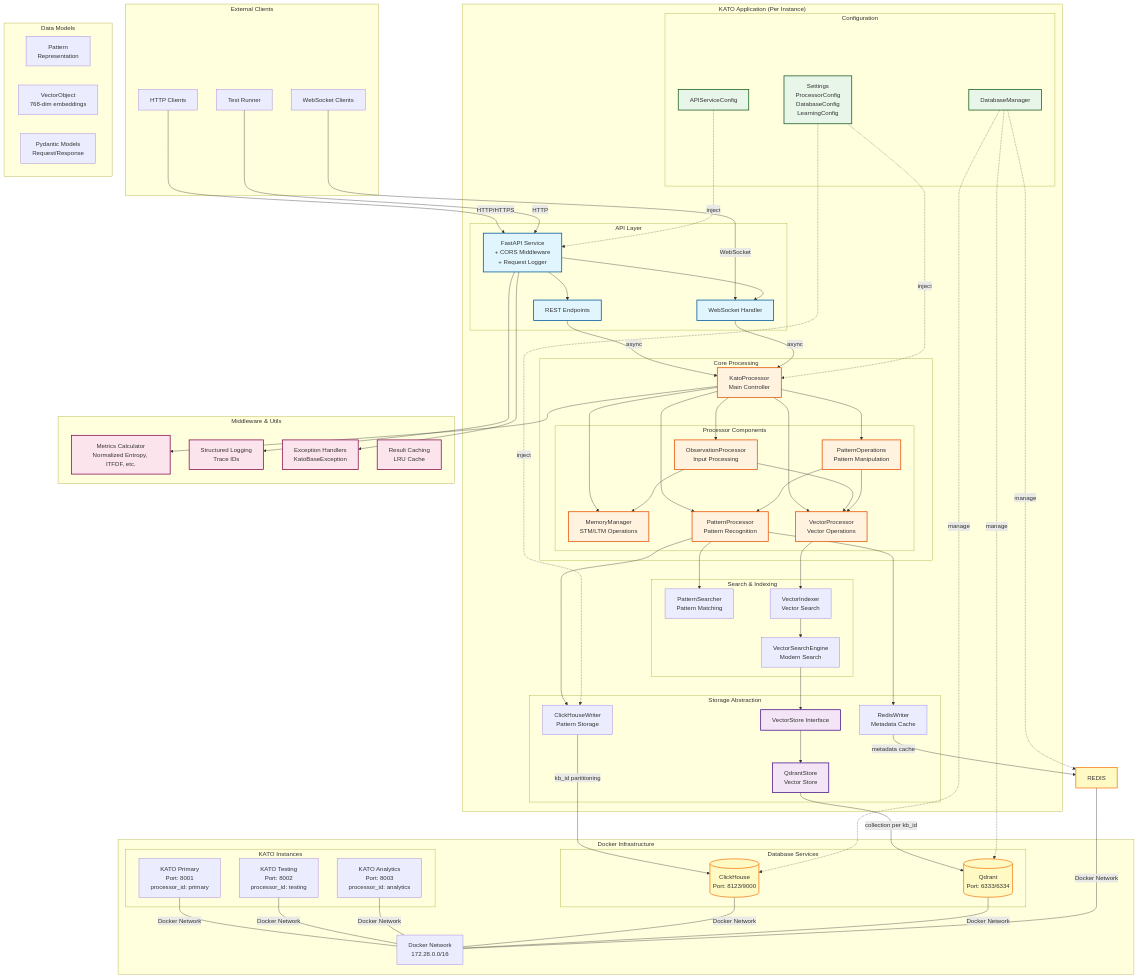
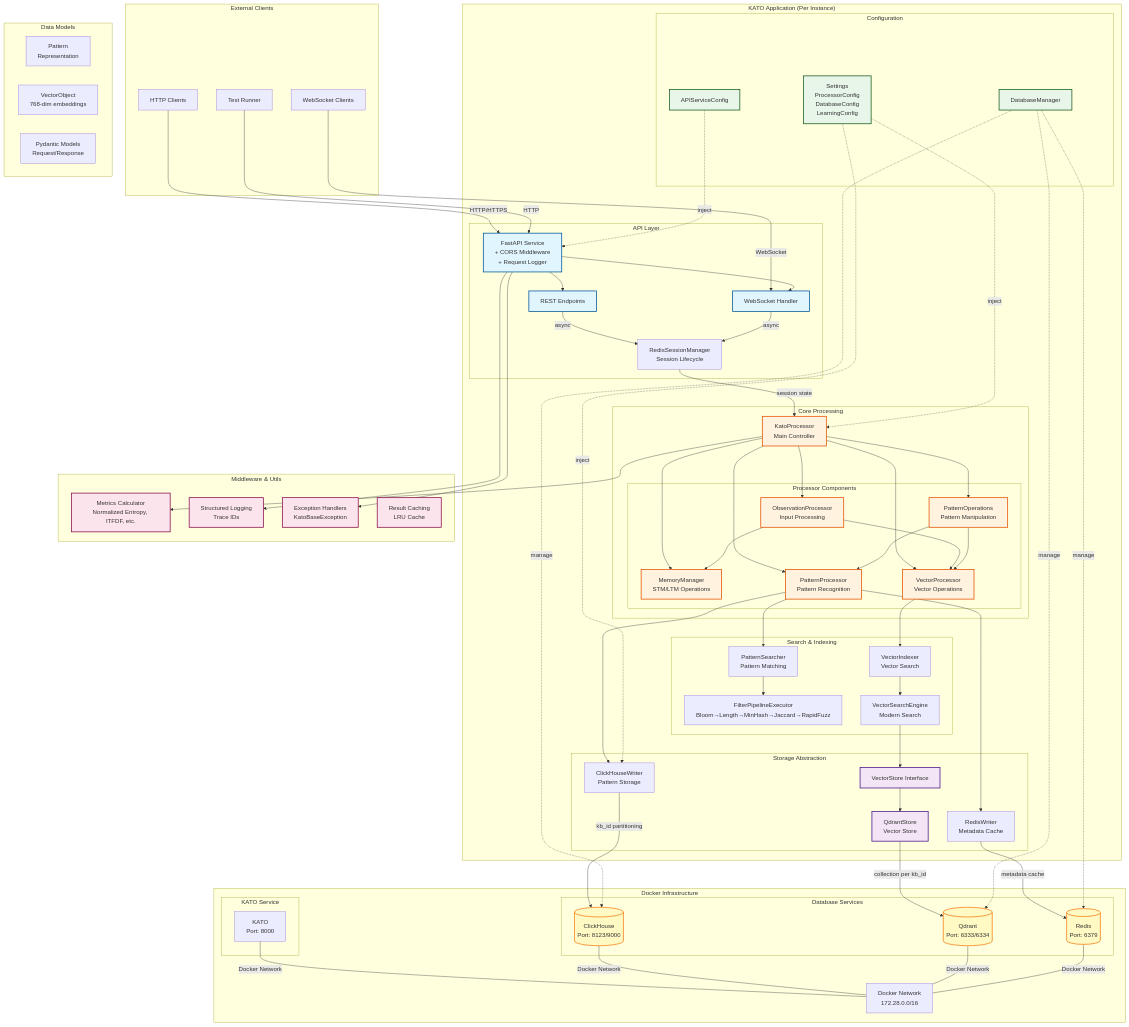
Before and after one commit to sevakavakians/kato: the diagram in ARCHITECTURE_DIAGRAM.md, drawn with Mermaid. The commit also changed other lines of this file and 26 other files, not shown here.

```diff
--- a/ARCHITECTURE_DIAGRAM.md
+++ b/ARCHITECTURE_DIAGRAM.md
@@ -16,14 +16,13 @@
 
     %% Docker Infrastructure Layer
     subgraph "Docker Infrastructure"
-        subgraph "KATO Instances"
-            KATO1[KATO Primary<br/>Port: 8001<br/>processor_id: primary]
-            KATO2[KATO Testing<br/>Port: 8002<br/>processor_id: testing]
-            KATO3[KATO Analytics<br/>Port: 8003<br/>processor_id: analytics]
+        subgraph "KATO Service"
+            KATO1[KATO<br/>Port: 8000]
         end
 
         subgraph "Database Services"
             CLICKHOUSE[(ClickHouse<br/>Port: 8123/9000)]
+            REDIS[(Redis<br/>Port: 6379)]
             QDRANT[(Qdrant<br/>Port: 6333/6334)]
         end
 
@@ -37,6 +36,7 @@
             FASTAPI[FastAPI Service<br/>+ CORS Middleware<br/>+ Request Logger]
             REST[REST Endpoints]
             WEBSOCKET[WebSocket Handler]
+            SESSION_MGR[RedisSessionManager<br/>Session Lifecycle]
         end
 
         %% Core Processing Layer
@@ -55,6 +55,7 @@
         %% Search & Indexing Layer
         subgraph "Search & Indexing"
             PAT_SEARCH[PatternSearcher<br/>Pattern Matching]
+            FILTER[FilterPipelineExecutor<br/>Bloom→Length→MinHash→Jaccard→RapidFuzz]
             VEC_INDEX[VectorIndexer<br/>Vector Search]
             VEC_ENGINE[VectorSearchEngine<br/>Modern Search]
         end
@@ -97,8 +98,9 @@
 
     FASTAPI --> REST
     FASTAPI --> WEBSOCKET
-    REST -->|async| KATO_PROC
-    WEBSOCKET -->|async| KATO_PROC
+    REST -->|async| SESSION_MGR
+    WEBSOCKET -->|async| SESSION_MGR
+    SESSION_MGR -->|session state| KATO_PROC
 
     KATO_PROC --> MEM_MGR
     KATO_PROC --> PAT_PROC
@@ -112,6 +114,7 @@
     PAT_OPS --> VEC_PROC
 
     PAT_PROC --> PAT_SEARCH
+    PAT_SEARCH --> FILTER
     VEC_PROC --> VEC_INDEX
     VEC_INDEX --> VEC_ENGINE
 
@@ -138,8 +141,6 @@
 
     %% Network Connections
     KATO1 ---|Docker Network| NETWORK
-    KATO2 ---|Docker Network| NETWORK
-    KATO3 ---|Docker Network| NETWORK
     CLICKHOUSE ---|Docker Network| NETWORK
     QDRANT ---|Docker Network| NETWORK
     REDIS ---|Docker Network| NETWORK
```
